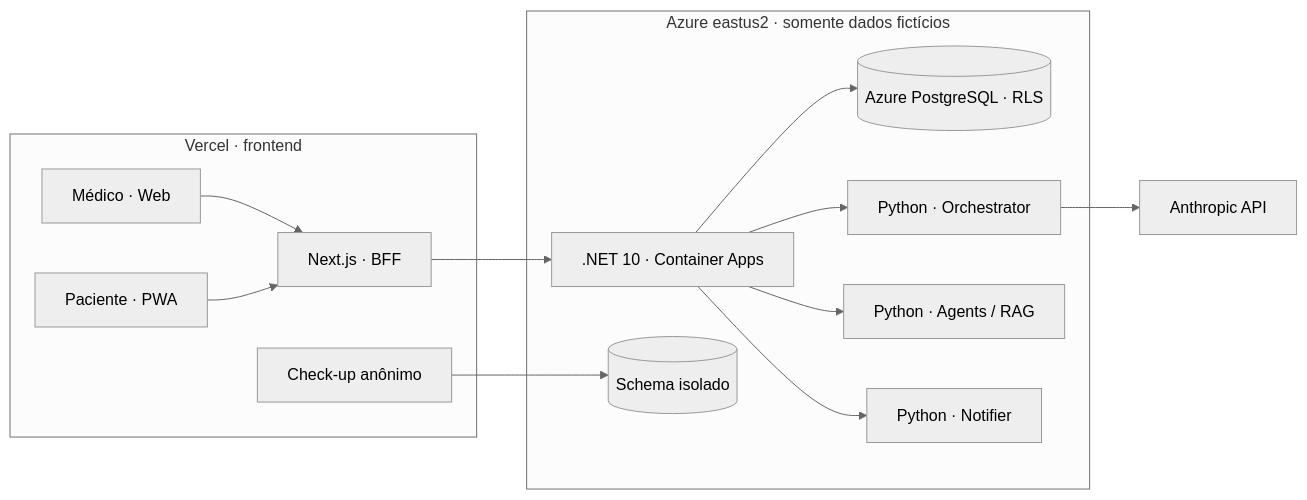
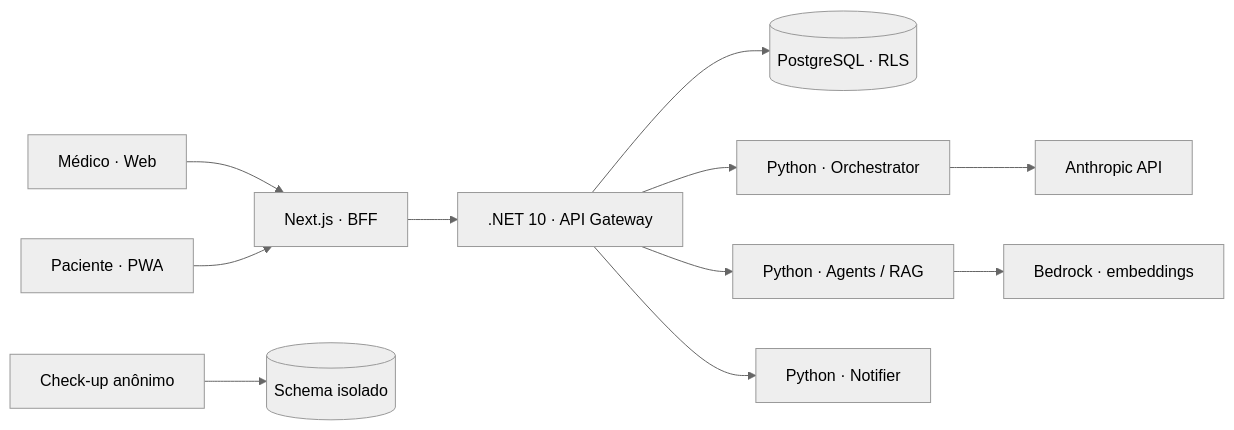
The diagram in README.pt-br.md (arinelliquebec/cerebro-amigo), drawn with Mermaid (neutral theme) before and after one commit. The commit also changed other lines of this file and 233 other files, not shown here.

````diff
--- a/README.pt-br.md
+++ b/README.pt-br.md
@@ -99,17 +87,13 @@
 ```mermaid
 flowchart LR
-    subgraph V["Vercel · frontend"]
-      M["Médico · Web"] --> BFF["Next.js · BFF"]
-      P["Paciente · PWA"] --> BFF
-      C["Check-up anônimo"]
-    end
-    subgraph A["Azure eastus2 · somente dados fictícios"]
-      BFF --> API[".NET 10 · Container Apps"]
-      API --> DB[("Azure PostgreSQL · RLS")]
-      API --> ORC["Python · Orchestrator"]
-      API --> AGT["Python · Agents / RAG"]
-      API --> NOT["Python · Notifier"]
-      C --> CDB[("Schema isolado")]
-    end
+    M["Médico · Web"] --> BFF["Next.js · BFF"]
+    P["Paciente · PWA"] --> BFF
+    BFF --> API[".NET 10 · API Gateway"]
+    API --> DB[("PostgreSQL · RLS")]
+    API --> ORC["Python · Orchestrator"]
+    API --> AGT["Python · Agents / RAG"]
+    API --> NOT["Python · Notifier"]
     ORC --> LLM["Anthropic API"]
+    AGT --> EMB["Bedrock · embeddings"]
+    C["Check-up anônimo"] --> CDB[("Schema isolado")]
 ```
````
